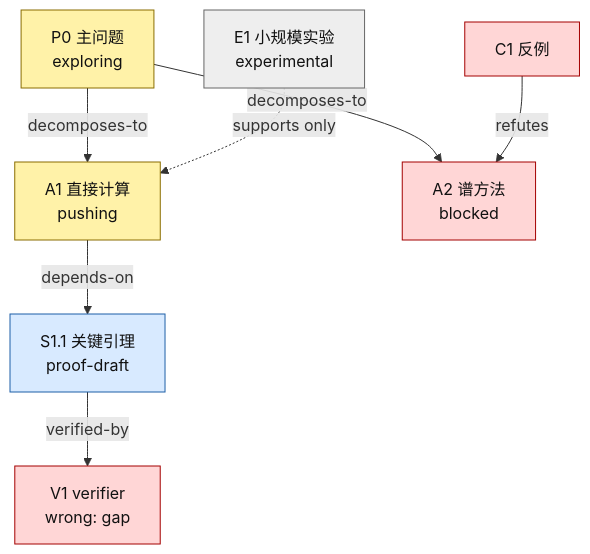
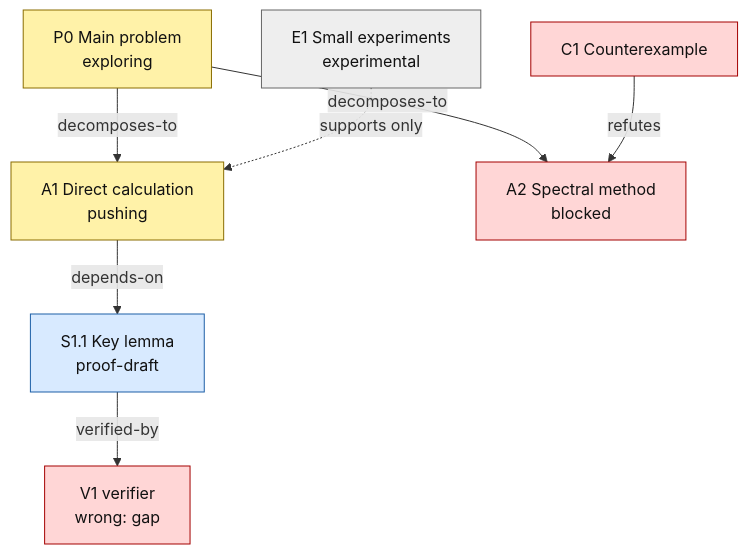
The first of 2 diagrams in templates/research-visualization.md (coker412/graph-geometry-research-workspace), drawn with Mermaid before and after one commit. The commit also changed other lines of this file and 70 other files, not shown here.

````diff
--- a/templates/research-visualization.md
+++ b/templates/research-visualization.md
@@ -17,28 +17,28 @@
 ```mermaid
 flowchart TD
-    P0["P0 主问题<br/>exploring"]
-    A1["A1 直接计算<br/>pushing"]
-    A2["A2 谱方法<br/>blocked"]
-    E1["E1 小规模实验<br/>experimental"]
-    C1["C1 反例"]
-    S11["S1.1 关键引理<br/>proof-draft"]
+    P0["P0 Main problem<br/>exploring"]
+    A1["A1 Direct calculation<br/>pushing"]
+    A2["A2 Spectral method<br/>blocked"]
+    E1["E1 Small experiments<br/>experimental"]
+    C1["C1 Counterexample"]
+    S11["S1.1 Key lemma<br/>proof-draft"]
     V1["V1 verifier<br/>wrong: gap"]
 
     P0 -->|decomposes-to| A1
     P0 -->|decomposes-to| A2
     E1 -.->|supports only| A1
     C1 -->|refutes| A2
     A1 -->|depends-on| S11
     S11 -->|verified-by| V1
 
     classDef active fill:#fff2a8,stroke:#8a6d00,color:#111;
     classDef blocked fill:#ffd6d6,stroke:#a40000,color:#111;
     classDef partial fill:#d8eaff,stroke:#1d5fa7,color:#111;
     classDef verified fill:#d9f2d9,stroke:#267326,color:#111;
     classDef evidence fill:#eeeeee,stroke:#666,color:#111;
 
     class P0,A1 active;
     class A2,C1,V1 blocked;
     class S11 partial;
     class E1 evidence;
 ```
````
